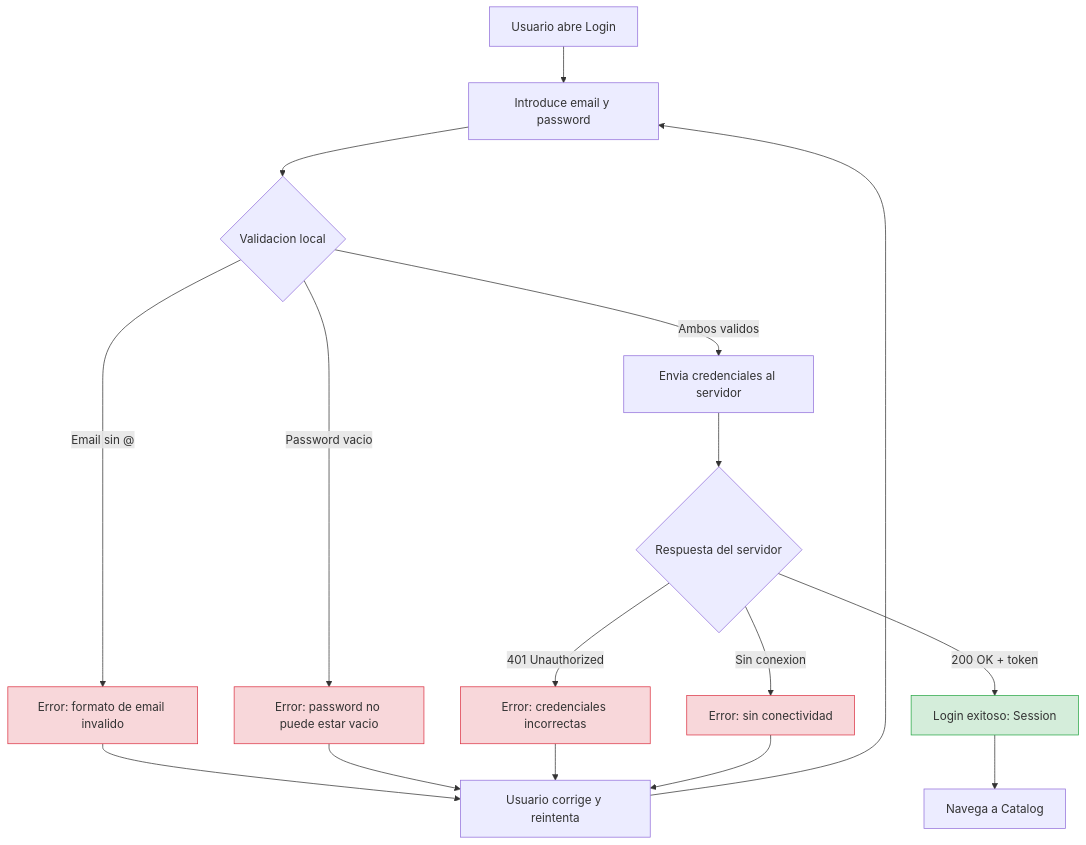
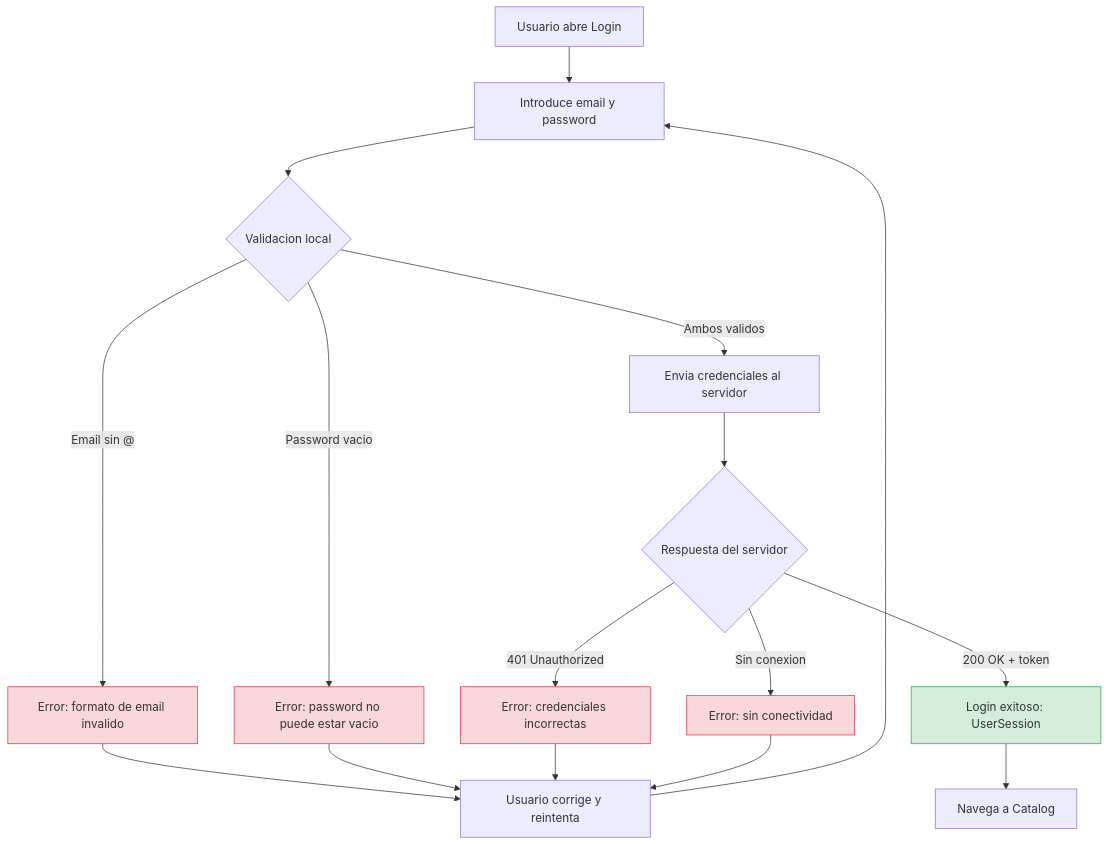
Before and after one commit to SwiftEnProfundidad/stack-my-architecture-ios: the diagram in 01-fundamentos/05-feature-login/00-especificacion-bdd.md, drawn with Mermaid. The commit also changed other lines of this file and 50 other files, not shown here.

````diff
--- a/01-fundamentos/05-feature-login/00-especificacion-bdd.md
+++ b/01-fundamentos/05-feature-login/00-especificacion-bdd.md
@@ -51,28 +51,28 @@
 ```mermaid
 flowchart TD
     START["Usuario abre Login"] --> INPUT["Introduce email y password"]
     INPUT --> VALIDATE{"Validacion local"}
 
     VALIDATE -->|"Email sin @"| ERR_EMAIL["Error: formato de email invalido"]
     VALIDATE -->|"Password vacio"| ERR_PASS["Error: password no puede estar vacio"]
     VALIDATE -->|"Ambos validos"| SEND["Envia credenciales al servidor"]
 
     SEND --> SERVER{"Respuesta del servidor"}
 
-    SERVER -->|"200 OK + token"| SUCCESS["Login exitoso: Session"]
+    SERVER -->|"200 OK + token"| SUCCESS["Login exitoso: UserSession"]
     SERVER -->|"401 Unauthorized"| ERR_CREDS["Error: credenciales incorrectas"]
     SERVER -->|"Sin conexion"| ERR_NET["Error: sin conectividad"]
 
     SUCCESS --> NAV["Navega a Catalog"]
     ERR_EMAIL --> RETRY["Usuario corrige y reintenta"]
     ERR_PASS --> RETRY
     ERR_CREDS --> RETRY
     ERR_NET --> RETRY
     RETRY --> INPUT
 
     style SUCCESS fill:#d4edda,stroke:#28a745
     style ERR_EMAIL fill:#f8d7da,stroke:#dc3545
     style ERR_PASS fill:#f8d7da,stroke:#dc3545
     style ERR_CREDS fill:#f8d7da,stroke:#dc3545
     style ERR_NET fill:#f8d7da,stroke:#dc3545
 ```
````
